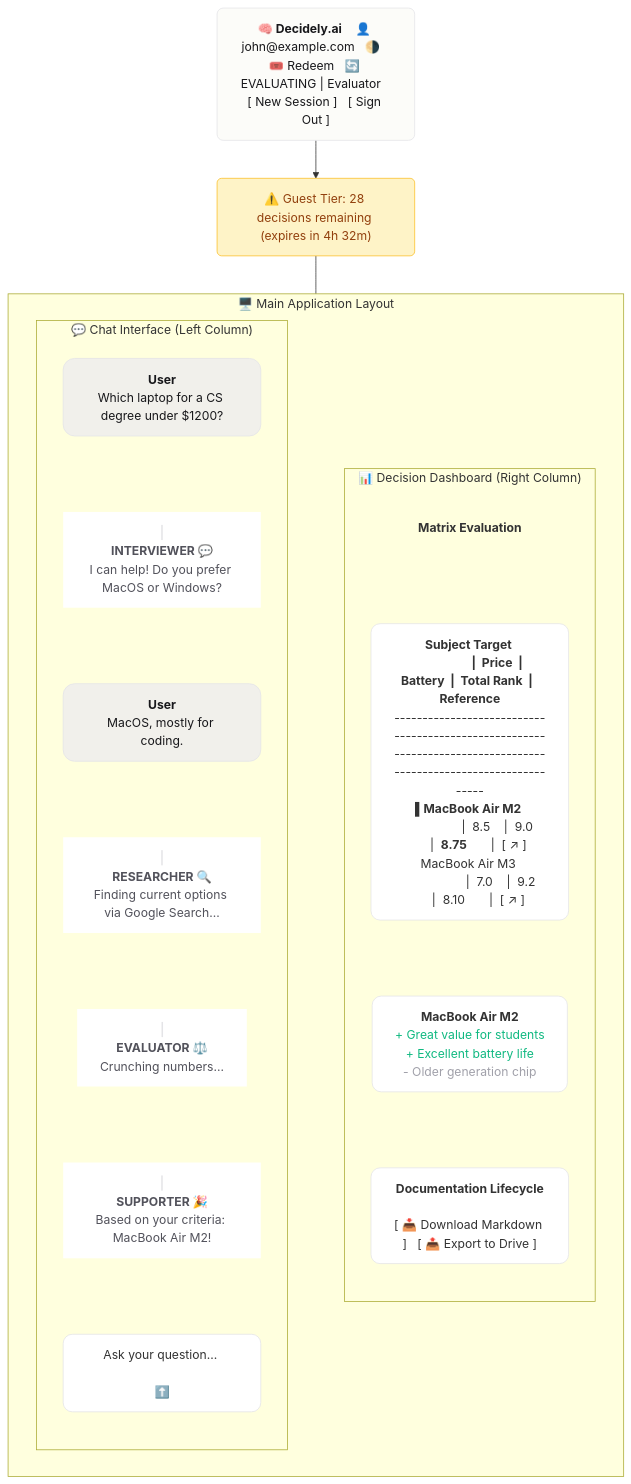
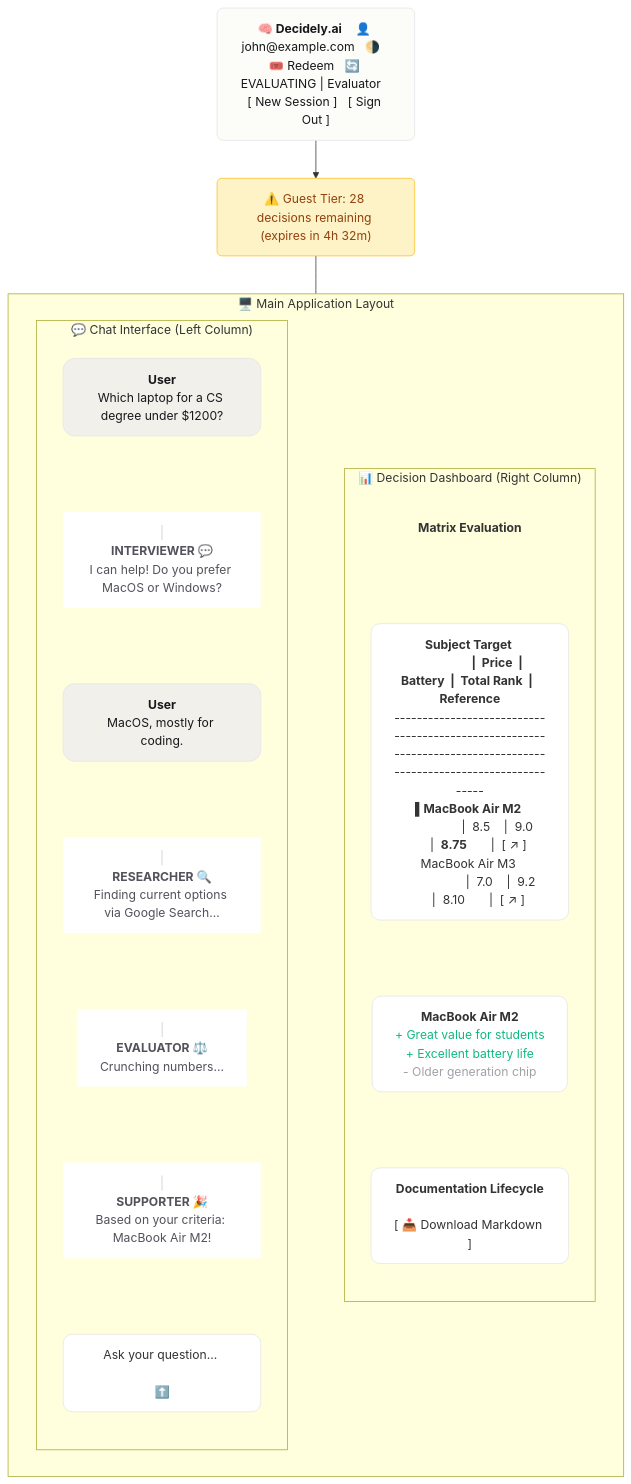
Before and after one commit to withered-flowers/apps-hackathon-project-adk: the third of 5 diagrams in README.md, drawn with Mermaid. The commit also changed other lines of this file and 1 other file, not shown here.

````diff
--- a/README.md
+++ b/README.md
@@ -123,48 +93,48 @@
 ```mermaid
 flowchart TB
     classDef header fill:#fcfcf9,stroke:#e4e4e7,stroke-width:1px,color:#18181b,rx:8px,ry:8px
     classDef banner fill:#fef3c7,stroke:#fbbf24,stroke-width:1px,color:#92400e,rx:6px,ry:6px
     classDef panel fill:#ffffff,stroke:#e4e4e7,stroke-width:1px,rx:12px,ry:12px
     classDef chatUser fill:#f1f0eb,stroke:#e4e4e7,color:#18181b,rx:15px,ry:15px
     classDef chatAI fill:#ffffff,stroke-width:0px,border-left:2px solid #e4e4e7,color:#52525b,rx:0px,ry:0px
     classDef status fill:#f4f4f0,stroke:#e4e4e7,stroke-dasharray: 4 4,color:#a1a1aa,rx:8px,ry:8px
     classDef nobg fill:none,stroke:none
 
     NavApp["<b>🧠 Decidely.ai</b> &nbsp;&nbsp; 👤 john@example.com &nbsp; 🌗 &nbsp; 🎟️ Redeem &nbsp; 🔄 EVALUATING | Evaluator &nbsp; [ New Session ] &nbsp; [ Sign Out ]"]:::header
     RateBanner["⚠️ Guest Tier: 28 decisions remaining (expires in 4h 32m)"]:::banner
 
     subgraph DesktopApp ["🖥️ Main Application Layout"]
         direction LR
 
         subgraph LeftCol ["💬 Chat Interface (Left Column)"]
             direction TB
             M1["<b>User</b><br/>Which laptop for a CS degree under $1200?"]:::chatUser
             M2["<b>INTERVIEWER 💬</b><br/>I can help! Do you prefer MacOS or Windows?"]:::chatAI
             M3["<b>User</b><br/>MacOS, mostly for coding."]:::chatUser
             M4["<b>RESEARCHER 🔍</b><br/>Finding current options via Google Search..."]:::chatAI
             M5["<b>EVALUATOR ⚖️</b><br/>Crunching numbers..."]:::chatAI
             M6["<b>SUPPORTER 🎉</b><br/>Based on your criteria: MacBook Air M2!"]:::chatAI
             Input["Ask your question... &nbsp;&nbsp;&nbsp;&nbsp;&nbsp;&nbsp;&nbsp;&nbsp;&nbsp;&nbsp;&nbsp;&nbsp;&nbsp;&nbsp;&nbsp;&nbsp;&nbsp;&nbsp;&nbsp;&nbsp;&nbsp;&nbsp;&nbsp;&nbsp;&nbsp;&nbsp;&nbsp;&nbsp;&nbsp;&nbsp;&nbsp;&nbsp;&nbsp;&nbsp;&nbsp;&nbsp;&nbsp;&nbsp;&nbsp;&nbsp; ⬆️"]:::panel
 
             M1 ~~~ M2 ~~~ M3 ~~~ M4 ~~~ M5 ~~~ M6 ~~~ Input
         end
 
         subgraph RightCol ["📊 Decision Dashboard (Right Column)"]
             direction TB
             Title["<b>Matrix Evaluation</b>"]:::nobg
 
             Table["<b>Subject Target &nbsp;&nbsp;&nbsp;&nbsp;&nbsp;&nbsp;&nbsp;&nbsp;&nbsp;&nbsp;&nbsp;&nbsp;&nbsp;&nbsp;&nbsp;&nbsp;&nbsp;&nbsp;&nbsp;&nbsp;&nbsp;|&nbsp; Price &nbsp;|&nbsp; Battery &nbsp;|&nbsp; Total Rank &nbsp;|&nbsp; Reference</b><br/>-----------------------------------------------------------------------------------------------------------------<br/><b>▌MacBook Air M2</b> &nbsp;&nbsp;&nbsp;&nbsp;&nbsp;&nbsp;&nbsp;&nbsp;&nbsp;&nbsp;&nbsp;&nbsp;&nbsp;&nbsp;&nbsp;&nbsp;&nbsp;|&nbsp; 8.5 &nbsp;&nbsp;&nbsp;|&nbsp; 9.0 &nbsp;&nbsp;&nbsp;&nbsp;&nbsp;|&nbsp; <b>8.75</b> &nbsp;&nbsp;&nbsp;&nbsp;&nbsp;&nbsp;|&nbsp; [ ↗ ]<br/>MacBook Air M3 &nbsp;&nbsp;&nbsp;&nbsp;&nbsp;&nbsp;&nbsp;&nbsp;&nbsp;&nbsp;&nbsp;&nbsp;&nbsp;&nbsp;&nbsp;&nbsp;&nbsp;&nbsp;&nbsp;|&nbsp; 7.0 &nbsp;&nbsp;&nbsp;|&nbsp; 9.2 &nbsp;&nbsp;&nbsp;&nbsp;&nbsp;|&nbsp; 8.10 &nbsp;&nbsp;&nbsp;&nbsp;&nbsp;&nbsp;|&nbsp; [ ↗ ]"]:::panel
 
             Breakdown["<b>MacBook Air M2</b><br/><span style='color:#10b981'>+ Great value for students</span><br/><span style='color:#10b981'>+ Excellent battery life</span><br/><span style='color:#a1a1aa'>- Older generation chip</span>"]:::panel
 
-            ExportSection["<b>Documentation Lifecycle</b><br/><br/>[ 📥 Download Markdown ] &nbsp; [ 📤 Export to Drive ]"]:::panel
+            ExportSection["<b>Documentation Lifecycle</b><br/><br/>[ 📥 Download Markdown ]"]:::panel
 
             Title ~~~ Table ~~~ Breakdown ~~~ ExportSection
         end
 
         LeftCol ~~~ RightCol
     end
 
     NavApp --> RateBanner
     RateBanner --- DesktopApp
 ```
````
